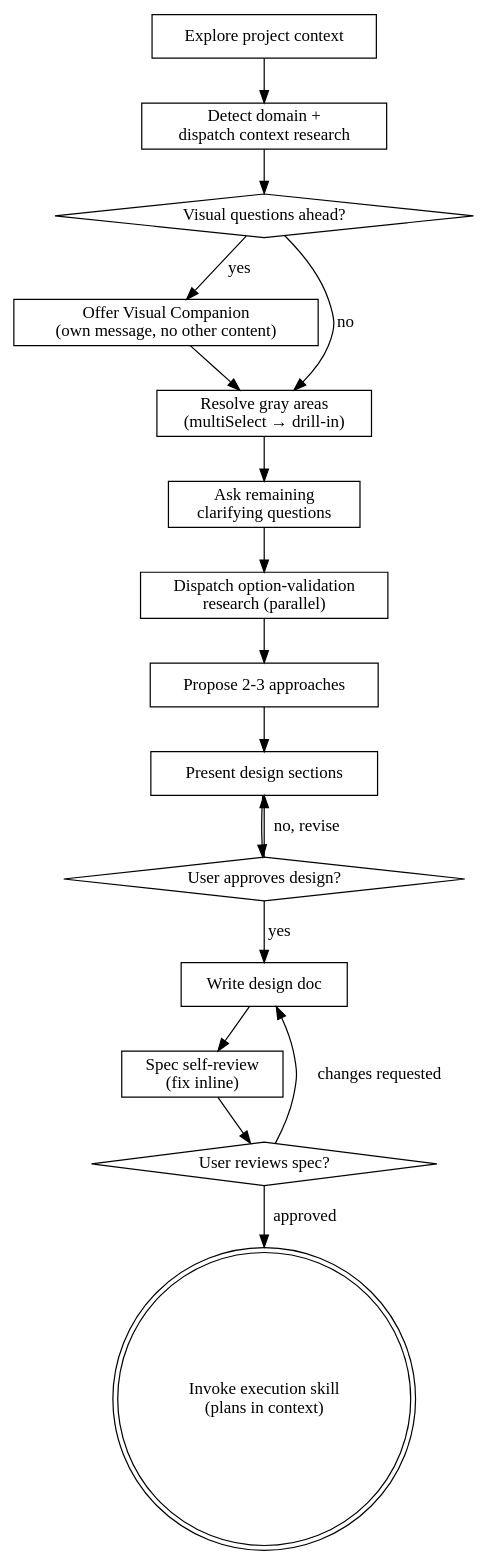
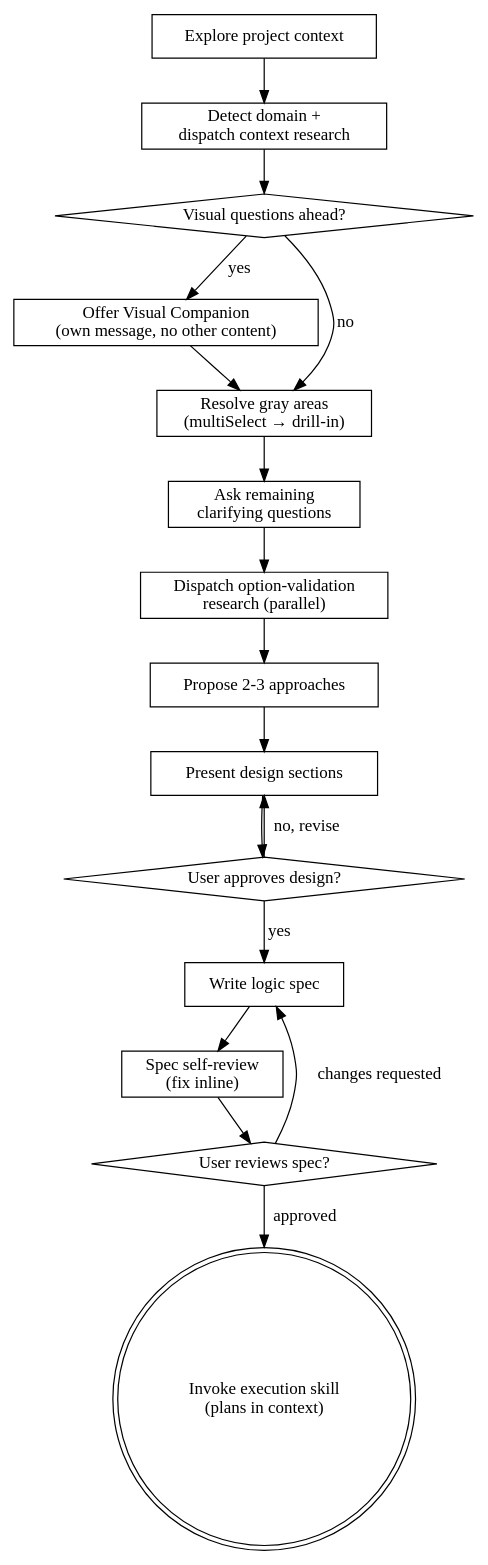
One commit to zpyoung/quirk changed the diagram in skills/brainstorming/SKILL.md. Above: the diagram before and after it, drawn with Graphviz. The commit also changed other lines of this file and 13 other files, not shown here.

First line of the commit message:
feat(skills): restructure flow into brainstorm → logic spec → tech spec

````diff
--- a/skills/brainstorming/SKILL.md
+++ b/skills/brainstorming/SKILL.md
@@ -39,35 +39,35 @@
 ```dot
 digraph brainstorming {
     "Explore project context" [shape=box];
     "Detect domain +\ndispatch context research" [shape=box];
     "Visual questions ahead?" [shape=diamond];
     "Offer Visual Companion\n(own message, no other content)" [shape=box];
     "Resolve gray areas\n(multiSelect → drill-in)" [shape=box];
     "Ask remaining\nclarifying questions" [shape=box];
     "Dispatch option-validation\nresearch (parallel)" [shape=box];
     "Propose 2-3 approaches" [shape=box];
     "Present design sections" [shape=box];
     "User approves design?" [shape=diamond];
-    "Write design doc" [shape=box];
+    "Write logic spec" [shape=box];
     "Spec self-review\n(fix inline)" [shape=box];
     "User reviews spec?" [shape=diamond];
     "Invoke execution skill\n(plans in context)" [shape=doublecircle];
 
     "Explore project context" -> "Detect domain +\ndispatch context research";
     "Detect domain +\ndispatch context research" -> "Visual questions ahead?";
     "Visual questions ahead?" -> "Offer Visual Companion\n(own message, no other content)" [label="yes"];
     "Visual questions ahead?" -> "Resolve gray areas\n(multiSelect → drill-in)" [label="no"];
     "Offer Visual Companion\n(own message, no other content)" -> "Resolve gray areas\n(multiSelect → drill-in)";
     "Resolve gray areas\n(multiSelect → drill-in)" -> "Ask remaining\nclarifying questions";
     "Ask remaining\nclarifying questions" -> "Dispatch option-validation\nresearch (parallel)";
     "Dispatch option-validation\nresearch (parallel)" -> "Propose 2-3 approaches";
     "Propose 2-3 approaches" -> "Present design sections";
     "Present design sections" -> "User approves design?";
     "User approves design?" -> "Present design sections" [label="no, revise"];
-    "User approves design?" -> "Write design doc" [label="yes"];
-    "Write design doc" -> "Spec self-review\n(fix inline)";
+    "User approves design?" -> "Write logic spec" [label="yes"];
+    "Write logic spec" -> "Spec self-review\n(fix inline)";
     "Spec self-review\n(fix inline)" -> "User reviews spec?";
-    "User reviews spec?" -> "Write design doc" [label="changes requested"];
+    "User reviews spec?" -> "Write logic spec" [label="changes requested"];
     "User reviews spec?" -> "Invoke execution skill\n(plans in context)" [label="approved"];
 }
 ```
````
